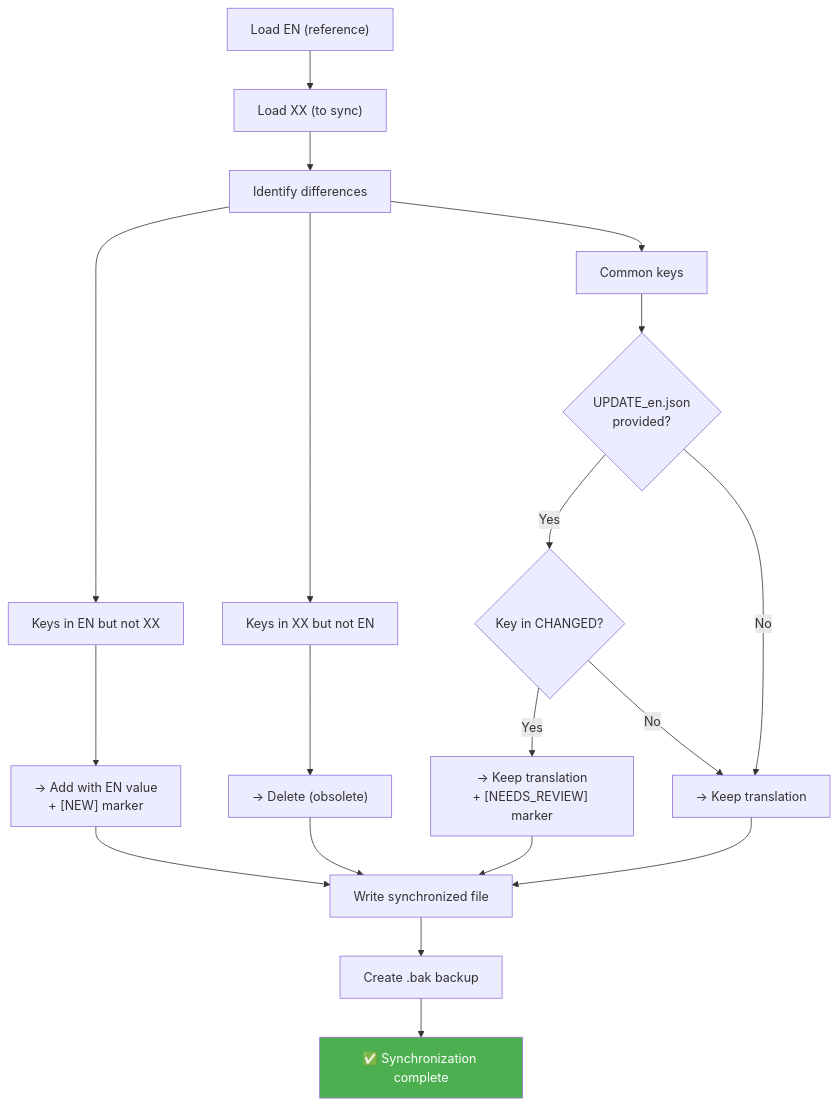
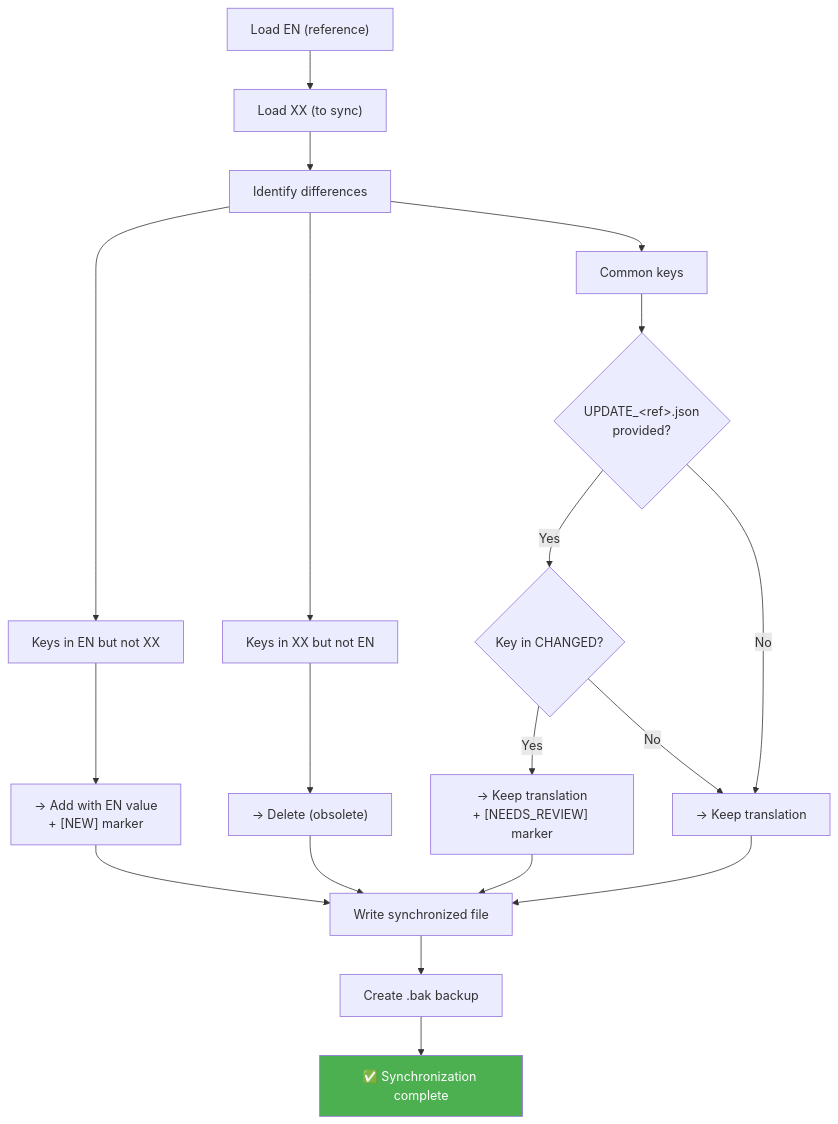
The second of 2 diagrams in tools/translator/__doc__/en/commands/SYNC.md (Gotcha26/Adobe_Lightroom_Translation_Plugins_Kit), drawn with Mermaid before and after one commit. The commit also changed other lines of this file and 28 other files, not shown here.

````diff
--- a/tools/translator/__doc__/en/commands/SYNC.md
+++ b/tools/translator/__doc__/en/commands/SYNC.md
@@ -54,26 +54,26 @@
 ```mermaid
 flowchart TD
     A["Load EN (reference)"] --> B["Load XX (to sync)"]
     B --> C["Identify differences"]
 
     C --> D["Keys in EN but not XX"]
     D --> E["→ Add with EN value<br/>+ [NEW] marker"]
 
     C --> F["Keys in XX but not EN"]
     F --> G["→ Delete (obsolete)"]
 
     C --> H["Common keys"]
-    H --> I{"UPDATE_en.json<br/>provided?"}
+    H --> I{"UPDATE_&lt;ref&gt;.json<br/>provided?"}
 
     I -->|Yes| J{"Key in CHANGED?"}
     J -->|Yes| K["→ Keep translation<br/>+ [NEEDS_REVIEW] marker"]
     J -->|No| L["→ Keep translation"]
 
     I -->|No| L
 
     E & G & K & L --> M["Write synchronized file"]
     M --> N["Create .bak backup"]
     N --> O["✅ Synchronization complete"]
 
     style O fill:#4CAF50,color:#fff
 ```
````
